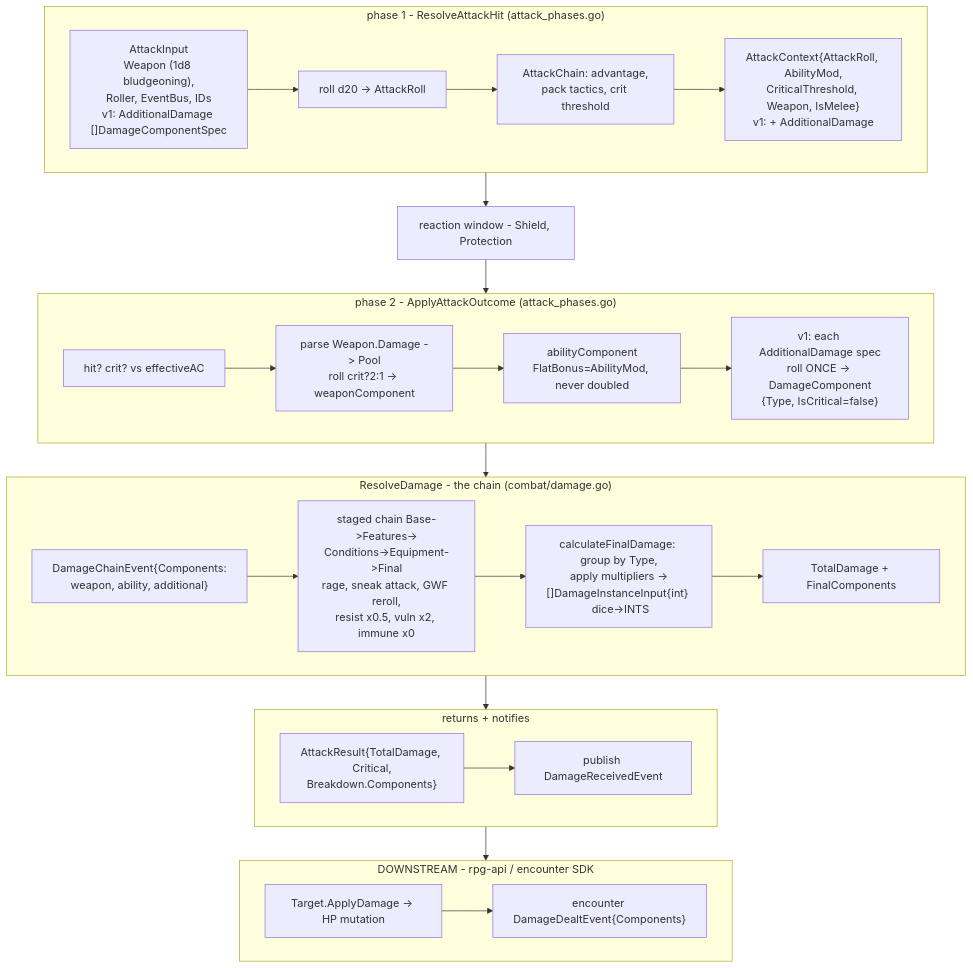
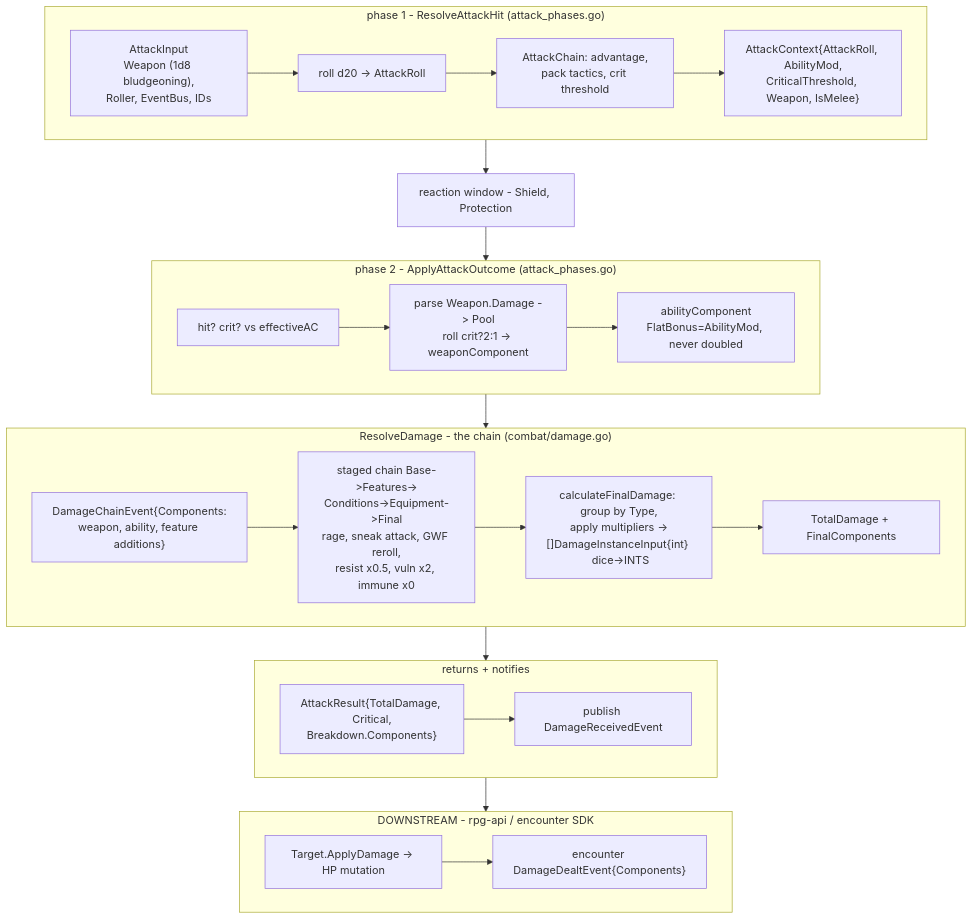
Before and after one commit to KirkDiggler/rpg-toolkit: the diagram in rulebooks/dnd5e/combat/architecture-overview.md, drawn with Mermaid. The commit also changed other lines of this file and 3 other files, not shown here.

````diff
--- a/rulebooks/dnd5e/combat/architecture-overview.md
+++ b/rulebooks/dnd5e/combat/architecture-overview.md
@@ -53,51 +55,50 @@
 ```mermaid
 flowchart TD
     subgraph P1["phase 1 - ResolveAttackHit (attack_phases.go)"]
         direction LR
-        AI["AttackInput<br/>Weapon (1d8 bludgeoning),<br/>Roller, EventBus, IDs<br/>v1: AdditionalDamage []DamageComponentSpec"]
+        AI["AttackInput<br/>Weapon (1d8 bludgeoning),<br/>Roller, EventBus, IDs"]
         R1["roll d20 -> AttackRoll"]
         AC["AttackChain: advantage,<br/>pack tactics, crit threshold"]
-        CTX["AttackContext{AttackRoll, AbilityMod,<br/>CriticalThreshold, Weapon, IsMelee}<br/>v1: + AdditionalDamage"]
+        CTX["AttackContext{AttackRoll, AbilityMod,<br/>CriticalThreshold, Weapon, IsMelee}"]
         AI --> R1 --> AC --> CTX
     end
 
     WIN["reaction window - Shield, Protection"]
 
     subgraph P2["phase 2 - ApplyAttackOutcome (attack_phases.go)"]
         direction LR
         HIT["hit? crit? vs effectiveAC"]
         ROLL["parse Weapon.Damage -> Pool<br/>roll crit?2:1 -> weaponComponent"]
         ABIL["abilityComponent<br/>FlatBonus=AbilityMod, never doubled"]
-        ADD["v1: each AdditionalDamage spec<br/>roll ONCE -> DamageComponent<br/>{Type, IsCritical=false}"]
-        HIT --> ROLL --> ABIL --> ADD
+        HIT --> ROLL --> ABIL
     end
 
     subgraph CH["ResolveDamage - the chain (combat/damage.go)"]
         direction LR
-        CE["DamageChainEvent{Components:<br/>weapon, ability, additional}"]
+        CE["DamageChainEvent{Components:<br/>weapon, ability, feature additions}"]
         ST["staged chain Base->Features-><br/>Conditions->Equipment->Final<br/>rage, sneak attack, GWF reroll,<br/>resist x0.5, vuln x2, immune x0"]
         CALC["calculateFinalDamage: group by Type,<br/>apply multipliers -><br/>[]DamageInstanceInput{int}  dice->INTS"]
         TOTAL["TotalDamage + FinalComponents"]
         CE --> ST --> CALC --> TOTAL
     end
 
     subgraph OUT["returns + notifies"]
         direction LR
         AR["AttackResult{TotalDamage, Critical,<br/>Breakdown.Components}"]
         DRE["publish DamageReceivedEvent"]
         AR --> DRE
     end
 
     subgraph DOWN["DOWNSTREAM - rpg-api / encounter SDK"]
         direction LR
         HP["Target.ApplyDamage -> HP mutation"]
         DDE["encounter DamageDealtEvent{Components}"]
         HP --> DDE
     end
 
     CTX --> WIN
     WIN --> HIT
-    ADD --> CE
+    ABIL --> CE
     TOTAL --> AR
     DRE --> HP
 ```
````
